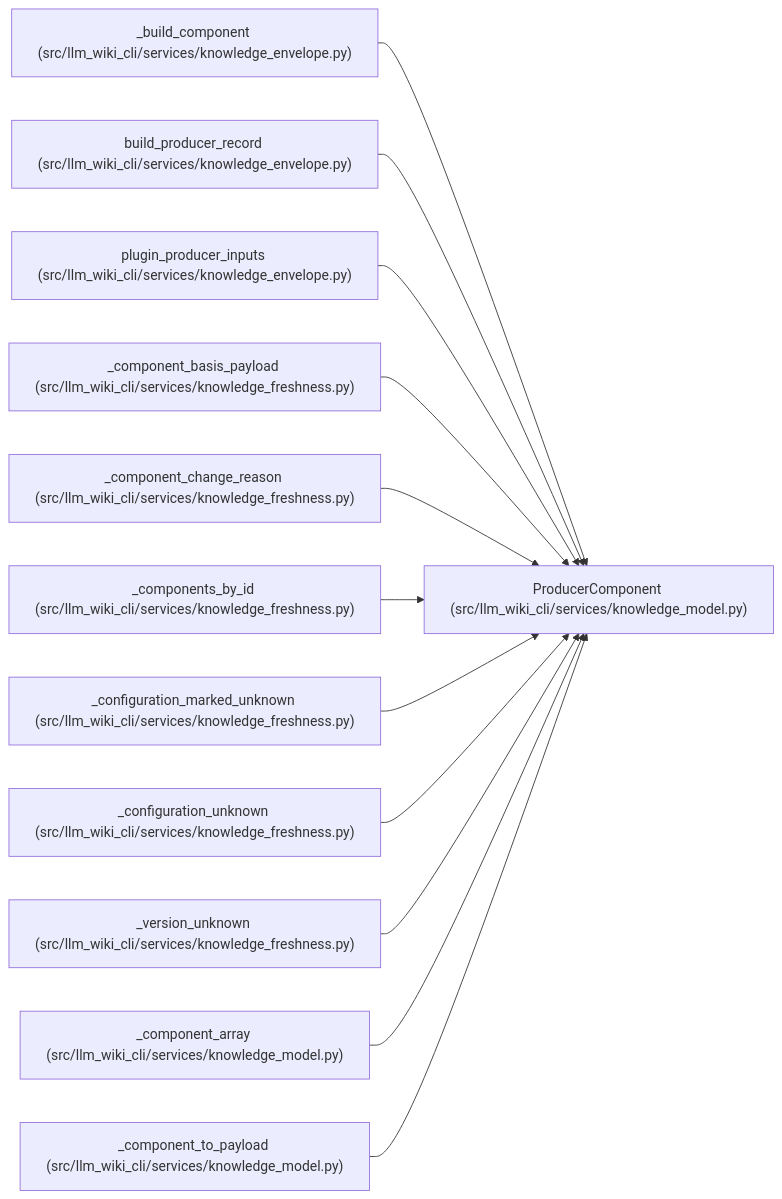
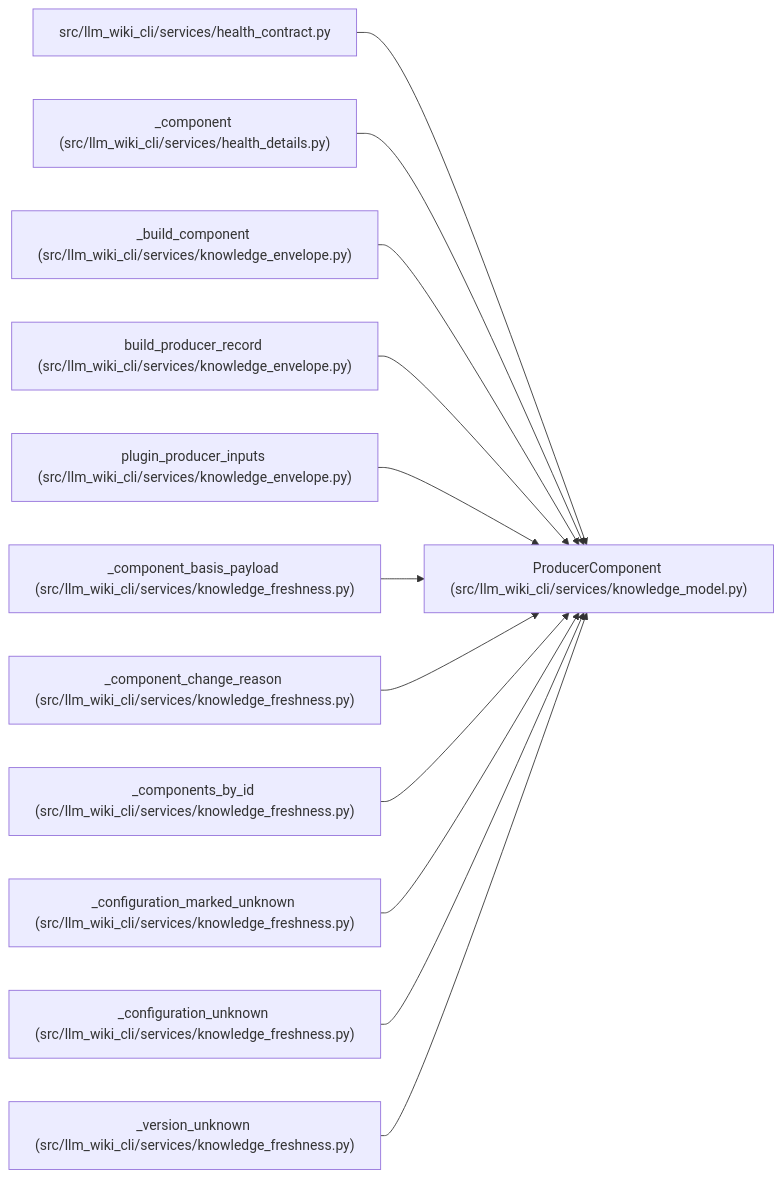
Before and after one commit to Denissvgn/python-wiki-llm: the diagram in docs/llm_wiki/entities/ProducerComponent.md, drawn with Mermaid. The commit also changed other lines of this file and 727 other files, not shown here.

````diff
--- a/docs/llm_wiki/entities/ProducerComponent.md
+++ b/docs/llm_wiki/entities/ProducerComponent.md
@@ -31,38 +31,38 @@
 ```mermaid
 flowchart LR
     n0["ProducerComponent (src/llm_wiki_cli/services/knowledge_model.py)"]
-    n1["_build_component (src/llm_wiki_cli/services/knowledge_envelope.py)"]
-    n2["build_producer_record (src/llm_wiki_cli/services/knowledge_envelope.py)"]
-    n3["plugin_producer_inputs (src/llm_wiki_cli/services/knowledge_envelope.py)"]
-    n4["_component_basis_payload (src/llm_wiki_cli/services/knowledge_freshness.py)"]
-    n5["_component_change_reason (src/llm_wiki_cli/services/knowledge_freshness.py)"]
-    n6["_components_by_id (src/llm_wiki_cli/services/knowledge_freshness.py)"]
-    n7["_configuration_marked_unknown (src/llm_wiki_cli/services/knowledge_freshness.py)"]
-    n8["_configuration_unknown (src/llm_wiki_cli/services/knowledge_freshness.py)"]
-    n9["_version_unknown (src/llm_wiki_cli/services/knowledge_freshness.py)"]
-    n10["_component_array (src/llm_wiki_cli/services/knowledge_model.py)"]
-    n11["_component_to_payload (src/llm_wiki_cli/services/knowledge_model.py)"]
+    n1["src/llm_wiki_cli/services/health_contract.py"]
+    n2["_component (src/llm_wiki_cli/services/health_details.py)"]
+    n3["_build_component (src/llm_wiki_cli/services/knowledge_envelope.py)"]
+    n4["build_producer_record (src/llm_wiki_cli/services/knowledge_envelope.py)"]
+    n5["plugin_producer_inputs (src/llm_wiki_cli/services/knowledge_envelope.py)"]
+    n6["_component_basis_payload (src/llm_wiki_cli/services/knowledge_freshness.py)"]
+    n7["_component_change_reason (src/llm_wiki_cli/services/knowledge_freshness.py)"]
+    n8["_components_by_id (src/llm_wiki_cli/services/knowledge_freshness.py)"]
+    n9["_configuration_marked_unknown (src/llm_wiki_cli/services/knowledge_freshness.py)"]
+    n10["_configuration_unknown (src/llm_wiki_cli/services/knowledge_freshness.py)"]
+    n11["_version_unknown (src/llm_wiki_cli/services/knowledge_freshness.py)"]
     n1 --> n0
     n2 --> n0
     n3 --> n0
     n4 --> n0
     n5 --> n0
     n6 --> n0
     n7 --> n0
     n8 --> n0
     n9 --> n0
     n10 --> n0
     n11 --> n0
     click n0 "../modules/knowledge_model.md"
-    click n1 "../modules/knowledge_envelope.md"
-    click n2 "../modules/knowledge_envelope.md"
+    click n1 "../modules/health_contract.md"
+    click n2 "../modules/health_details.md"
     click n3 "../modules/knowledge_envelope.md"
-    click n4 "../modules/knowledge_freshness.md"
-    click n5 "../modules/knowledge_freshness.md"
+    click n4 "../modules/knowledge_envelope.md"
+    click n5 "../modules/knowledge_envelope.md"
     click n6 "../modules/knowledge_freshness.md"
     click n7 "../modules/knowledge_freshness.md"
     click n8 "../modules/knowledge_freshness.md"
     click n9 "../modules/knowledge_freshness.md"
-    click n10 "../modules/knowledge_model.md"
-    click n11 "../modules/knowledge_model.md"
+    click n10 "../modules/knowledge_freshness.md"
+    click n11 "../modules/knowledge_freshness.md"
 ```
````
